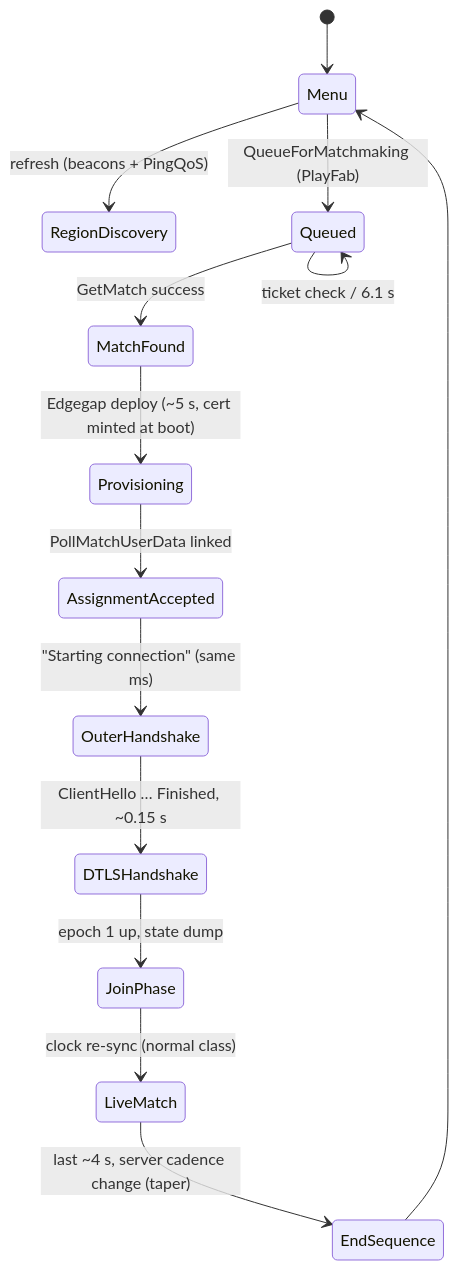
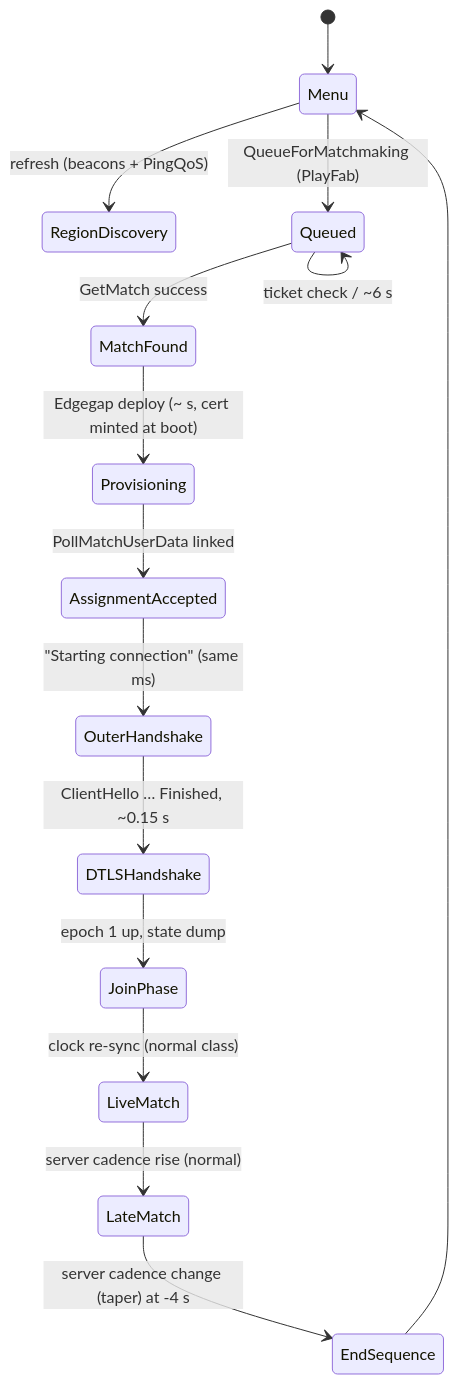
Before and after one commit to sillypears/r2_mining_game: the second of 2 diagrams in session_lifecycle_wip.md, drawn with Mermaid. The commit also changed other lines of this file, not shown here.

````diff
--- a/session_lifecycle_wip.md
+++ b/session_lifecycle_wip.md
@@ -143,16 +145,17 @@
 ```mermaid
 stateDiagram-v2
     [*] --> Menu
     Menu --> RegionDiscovery: refresh (beacons + PingQoS)
     Menu --> Queued: QueueForMatchmaking (PlayFab)
-    Queued --> Queued: ticket check / 6.1 s
+    Queued --> Queued: ticket check / ~6 s
     Queued --> MatchFound: GetMatch success
-    MatchFound --> Provisioning: Edgegap deploy (~5 s, cert minted at boot)
+    MatchFound --> Provisioning: Edgegap deploy (~ s, cert minted at boot)
     Provisioning --> AssignmentAccepted: PollMatchUserData linked
     AssignmentAccepted --> OuterHandshake: "Starting connection" (same ms)
     OuterHandshake --> DTLSHandshake: ClientHello … Finished, ~0.15 s
     DTLSHandshake --> JoinPhase: epoch 1 up, state dump
     JoinPhase --> LiveMatch: clock re-sync (normal class)
-    LiveMatch --> EndSequence: last ~4 s, server cadence change (taper)
+    LiveMatch --> LateMatch: server cadence rise (normal)
+    LateMatch --> EndSequence: server cadence change (taper) at -4 s
     EndSequence --> Menu
 ```
````
